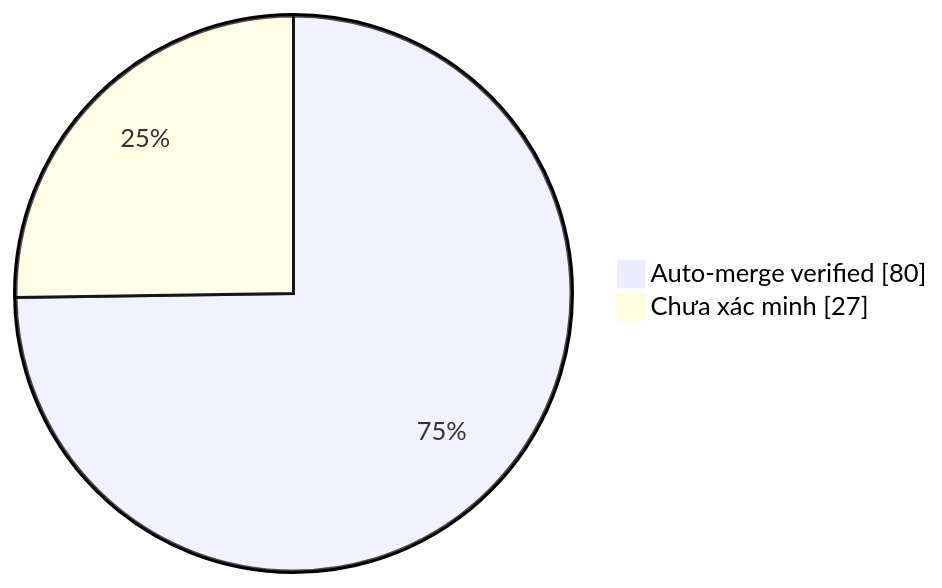
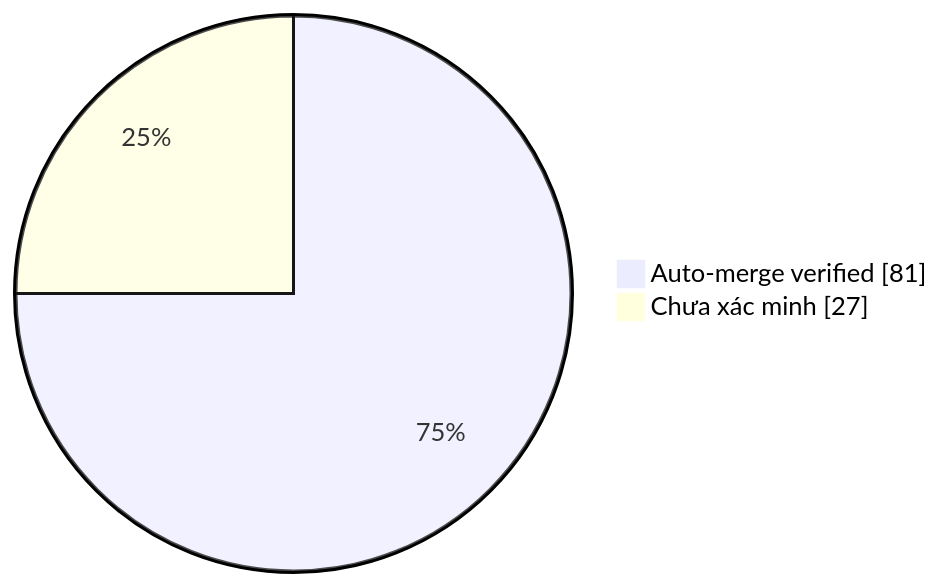
One commit to duykhang68/tetdinhmuiblog changed the diagram in collector.md. Above: the diagram before and after it, drawn with Mermaid. The commit also changed other lines of this file and 1 other file, not shown here.

Commit message:
docs(collector): update auto-merge evidence dashboard

````diff
--- a/collector.md
+++ b/collector.md
@@ -22,5 +22,5 @@
 ```mermaid
 pie showData
-    "Auto-merge verified" : 80
+    "Auto-merge verified" : 81
     "Chưa xác minh" : 27
 ```
````
